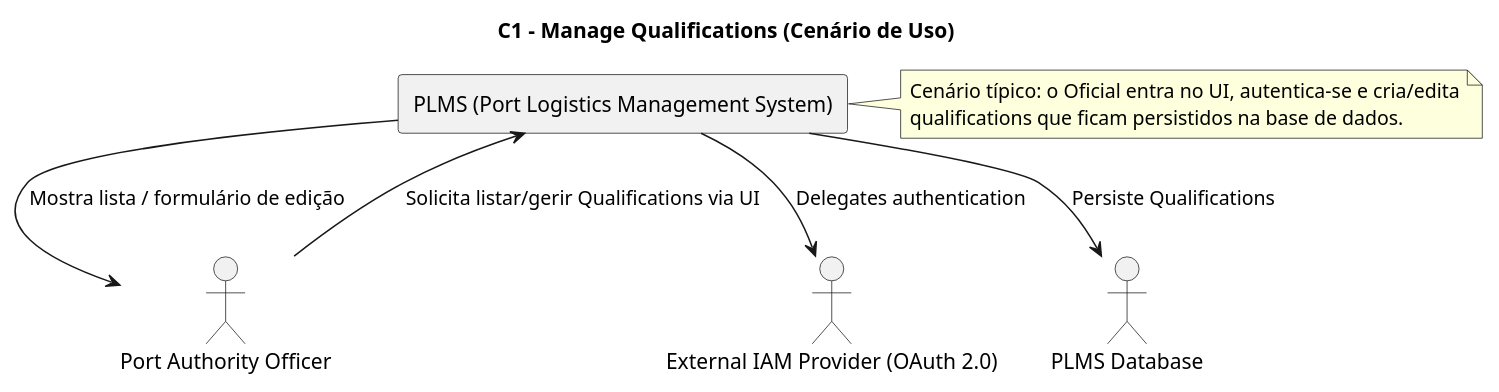
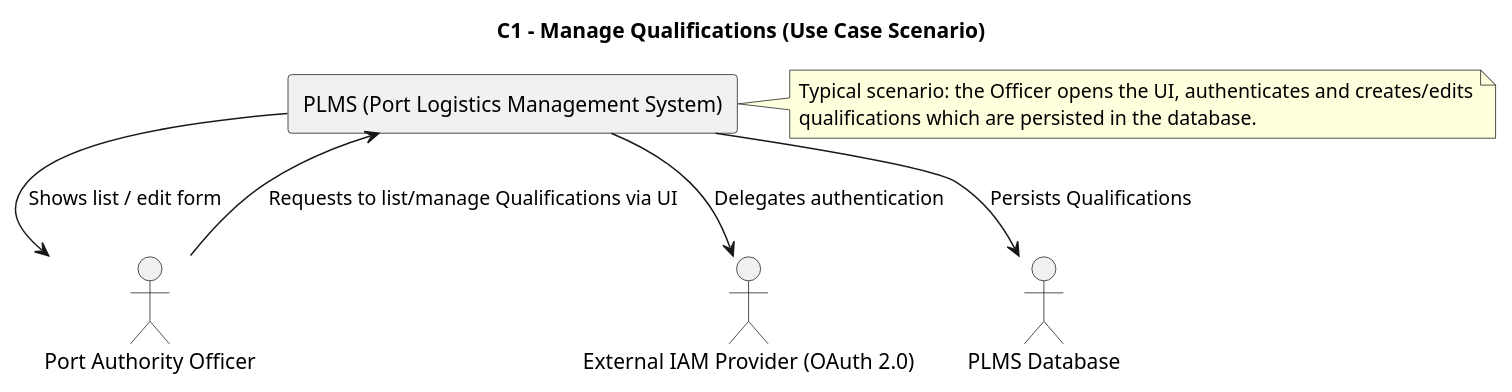
One commit to Departamento-de-Engenharia-Informatica/LEI-SEM5-PI-2025-26-3DM-03 changed the diagram in Docs/Sprint A/US 2.2.13/Modelo c4/C1_Cenario.puml. Above: the diagram before and after it, drawn with PlantUML. The commit also changed 10 other files, not shown here.

Commit message:
Translate UML diagrams and documentation for Manage Qualifications use case to English (us 2.2.13) #14

```diff
--- a/Docs/Sprint A/US 2.2.13/Modelo c4/C1_Cenario.puml
+++ b/Docs/Sprint A/US 2.2.13/Modelo c4/C1_Cenario.puml
@@ -1,18 +1,18 @@
 @startuml C1_Manage_Qualifications_Scenario_View
-title C1 – Manage Qualifications (Cenário de Uso)
+title C1 – Manage Qualifications (Use Case Scenario)
 
 actor "Port Authority Officer" as Officer
 rectangle "PLMS (Port Logistics Management System)" as PLMS
 
-Officer --> PLMS : Solicita listar/gerir Qualifications via UI
-PLMS --> Officer : Mostra lista / formulário de edição
+Officer --> PLMS : Requests to list/manage Qualifications via UI
+PLMS --> Officer : Shows list / edit form
 
 PLMS --> "External IAM Provider (OAuth 2.0)" : Delegates authentication
-PLMS --> "PLMS Database" : Persiste Qualifications
+PLMS --> "PLMS Database" : Persists Qualifications
 
 note right of PLMS
- Cenário típico: o Oficial entra no UI, autentica-se e cria/edita
- qualifications que ficam persistidos na base de dados.
+ Typical scenario: the Officer opens the UI, authenticates and creates/edits
+ qualifications which are persisted in the database.
 end note
 
 @enduml
```
